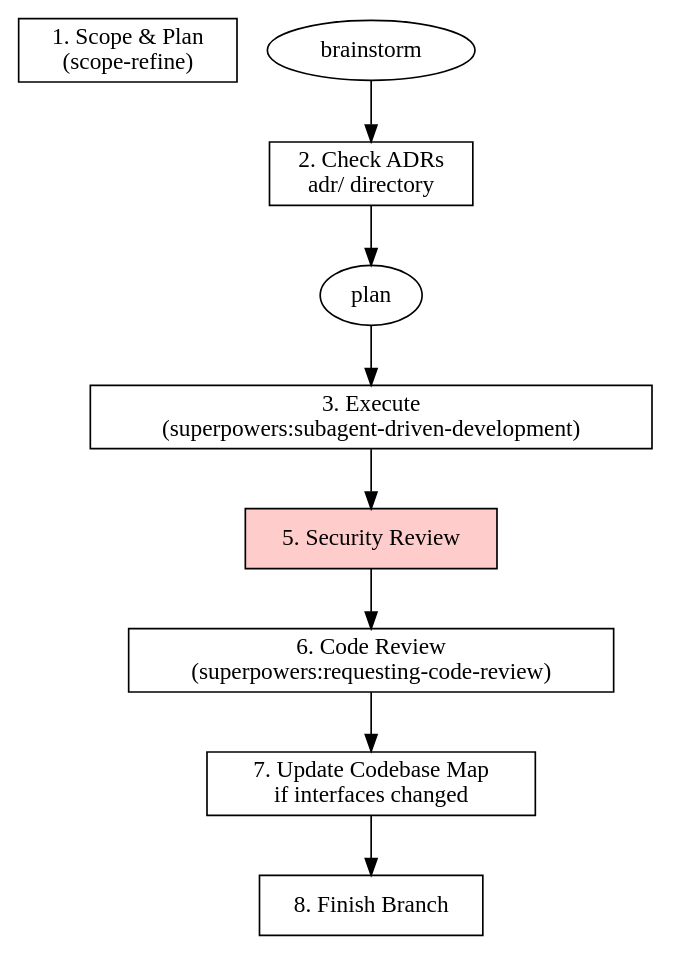
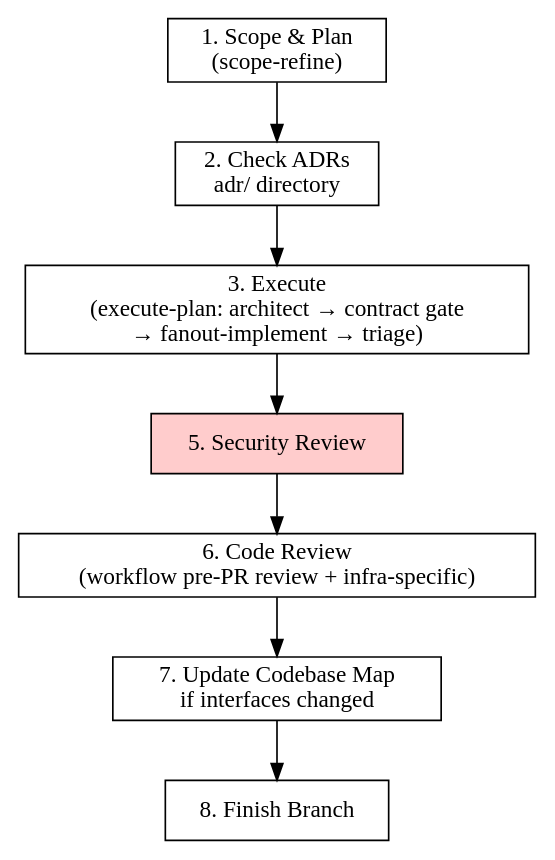
The diagram in .claude/skills/staff-sre/SKILL.md (Nilay-Shah/dotfiles), drawn with Graphviz before and after one commit. The commit also changed other lines of this file and 26 other files, not shown here.

````diff
--- a/.claude/skills/staff-sre/SKILL.md
+++ b/.claude/skills/staff-sre/SKILL.md
@@ -28,14 +28,14 @@
 ```dot
 digraph sre_pipeline {
     rankdir=TB;
     scope [label="1. Scope & Plan\n(scope-refine)", shape=box];
     adr [label="2. Check ADRs\nadr/ directory", shape=box];
-    execute [label="3. Execute\n(superpowers:subagent-driven-development)", shape=box];
+    execute [label="3. Execute\n(execute-plan: architect → contract gate\n→ fanout-implement → triage)", shape=box];
     security [label="5. Security Review", shape=box, style=filled, fillcolor="#ffcccc"];
-    review [label="6. Code Review\n(superpowers:requesting-code-review)", shape=box];
+    review [label="6. Code Review\n(workflow pre-PR review + infra-specific)", shape=box];
     update [label="7. Update Codebase Map\nif interfaces changed", shape=box];
     finish [label="8. Finish Branch", shape=box];
 
-    brainstorm -> adr -> plan -> execute -> security -> review -> update -> finish;
+    scope -> adr -> execute -> security -> review -> update -> finish;
 }
 ```
````
